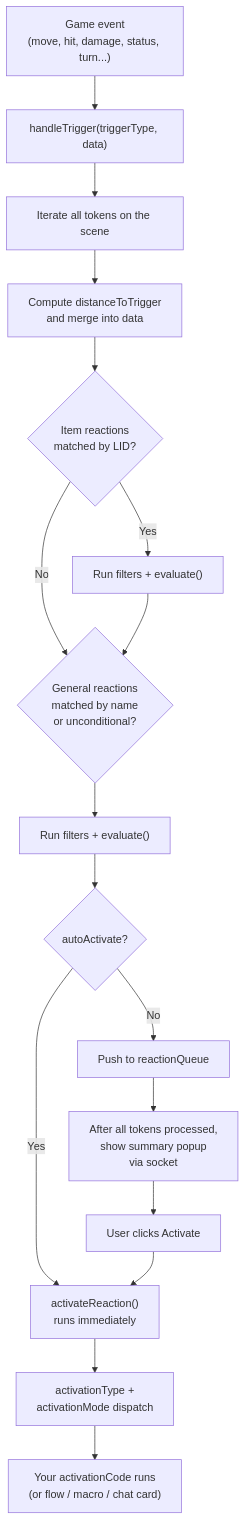
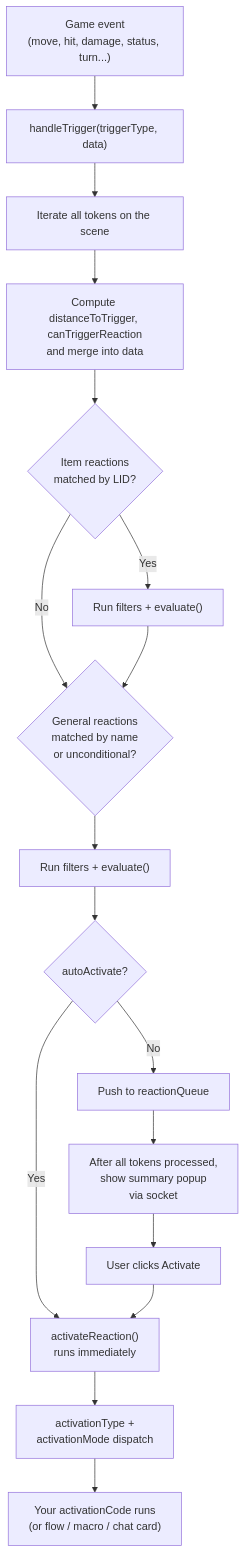
The diagram in doc/AUTOMATION_SYSTEM.md (Agraael/lancer-automations), drawn with Mermaid before and after one commit. The commit also changed other lines of this file and 22 other files, not shown here.

First line of the commit message:
Add canTriggerReaction & provoke immunity

````diff
--- a/doc/AUTOMATION_SYSTEM.md
+++ b/doc/AUTOMATION_SYSTEM.md
@@ -54,19 +54,19 @@
 ```mermaid
 flowchart TD
     A["Game event<br/>(move, hit, damage, status, turn...)"] --> B["handleTrigger(triggerType, data)"]
     B --> C["Iterate all tokens on the scene"]
-    C --> D["Compute distanceToTrigger<br/>and merge into data"]
+    C --> D["Compute distanceToTrigger, canTriggerReaction<br/>and merge into data"]
     D --> E{"Item reactions<br/>matched by LID?"}
     E -- No --> G
     E -- Yes --> F["Run filters + evaluate()"]
     F --> G{"General reactions<br/>matched by name<br/>or unconditional?"}
     G --> H["Run filters + evaluate()"]
     H --> I{"autoActivate?"}
     I -- Yes --> J["activateReaction()<br/>runs immediately"]
     I -- No --> K["Push to reactionQueue"]
     K --> L["After all tokens processed,<br/>show summary popup<br/>via socket"]
     L --> M["User clicks Activate"]
     M --> J
     J --> N["activationType +<br/>activationMode dispatch"]
     N --> O["Your activationCode runs<br/>(or flow / macro / chat card)"]
 ```
````
